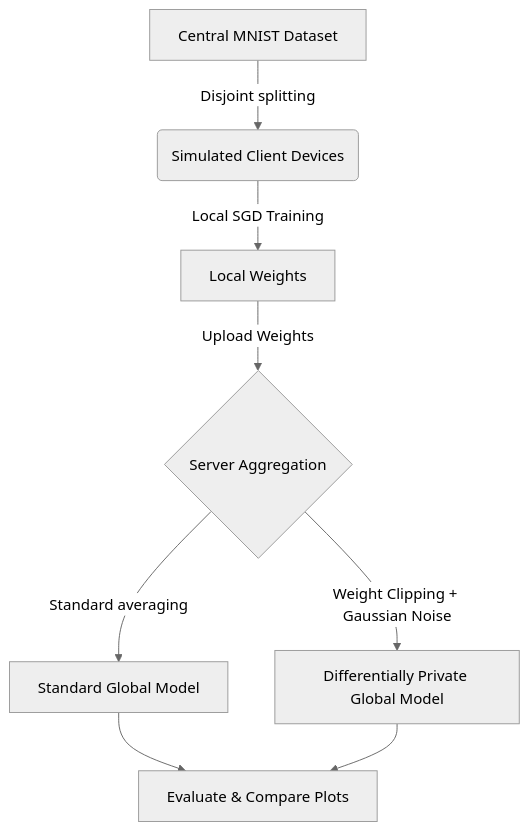
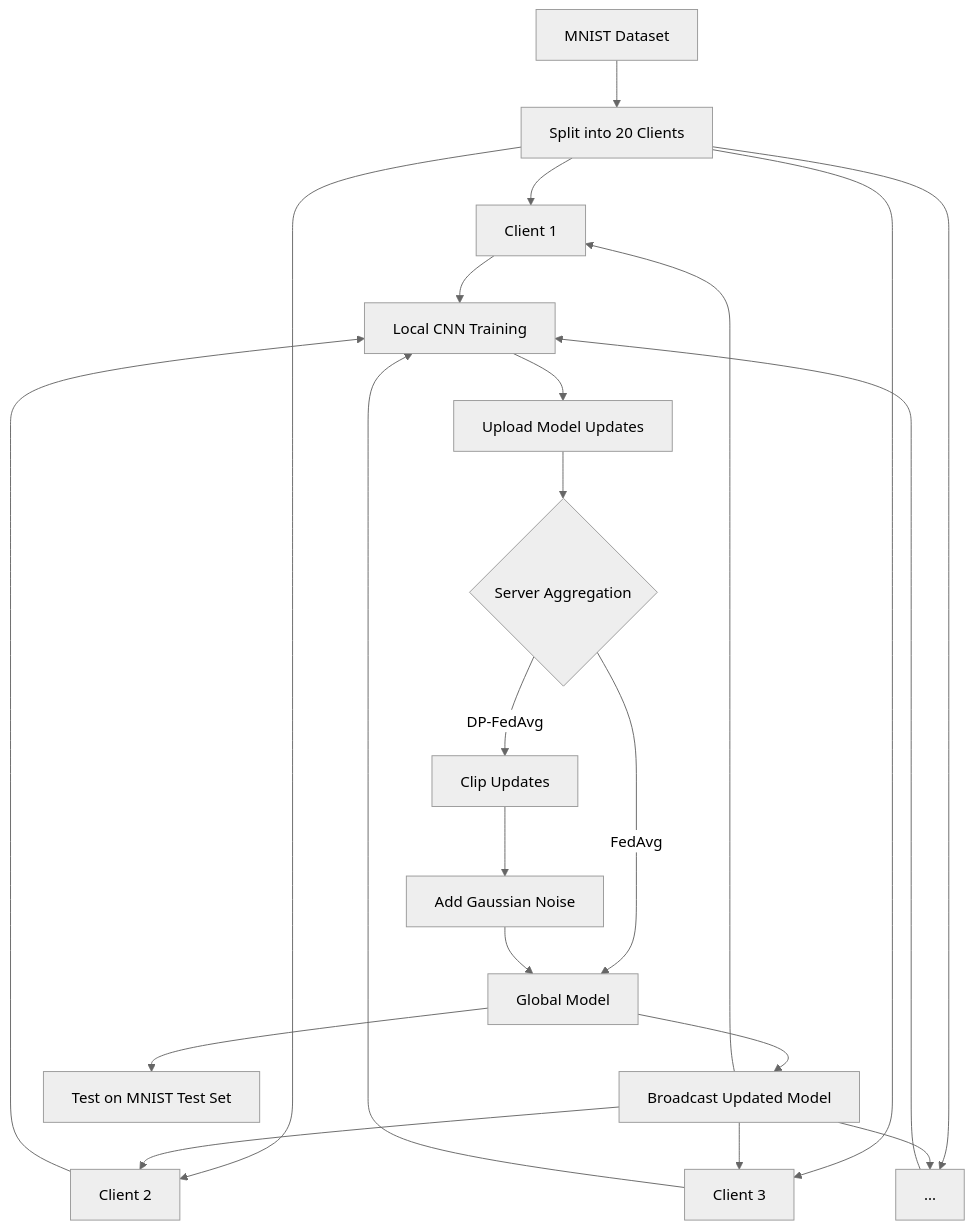
One commit to Jitendrasingh302/Privacy-Preserving-Federated-Learning-for-Image-Classification changed the diagram in README.md. Above: the diagram before and after it, drawn with Mermaid (neutral theme). The commit also changed other lines of this file, not shown here.

````diff
--- a/README.md
+++ b/README.md
@@ -90,10 +135,38 @@
 ```mermaid
 graph TD
-    A[Central MNIST Dataset] -->|Disjoint splitting| B(Simulated Client Devices)
-    B -->|Local SGD Training| C[Local Weights]
-    C -->|Upload Weights| D{Server Aggregation}
-    D -->|Standard averaging| E[Standard Global Model]
-    D -->|Weight Clipping + Gaussian Noise| F[Differentially Private Global Model]
-    E --> G[Evaluate & Compare Plots]
-    F --> G
+
+A[MNIST Dataset]
+
+A --> B[Split into 20 Clients]
+
+B --> C1[Client 1]
+B --> C2[Client 2]
+B --> C3[Client 3]
+B --> C4[...]
+
+C1 --> D[Local CNN Training]
+C2 --> D
+C3 --> D
+C4 --> D
+
+D --> E[Upload Model Updates]
+
+E --> F{Server Aggregation}
+
+F -->|FedAvg| G[Global Model]
+
+F -->|DP-FedAvg| H[Clip Updates]
+
+H --> I[Add Gaussian Noise]
+
+I --> G
+
+G --> J[Broadcast Updated Model]
+
+J --> C1
+J --> C2
+J --> C3
+J --> C4
+
+G --> K[Test on MNIST Test Set]
 ```
````
